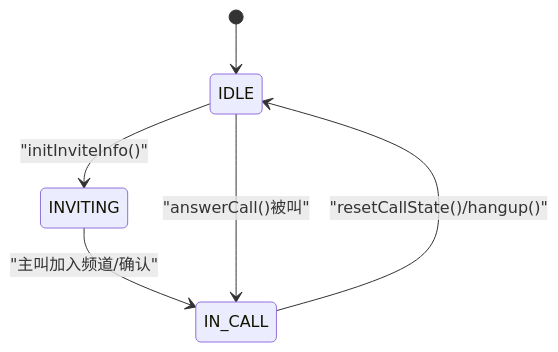
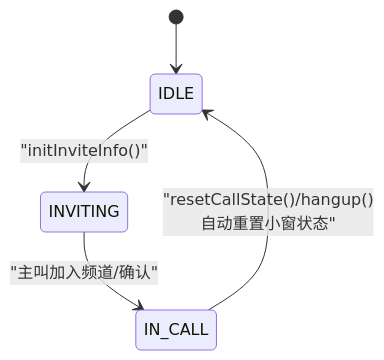
The fourth of 9 diagrams in .qoder/repowiki/zh/content/核心组件/单人通话组件/主组件 EasemobChatSingleCall.md (Easemob-Community/easemob-uikit-callkit-vue3), drawn with Mermaid before and after one commit. The commit also changed other lines of this file and 58 other files, not shown here.

````diff
--- a/.qoder/repowiki/zh/content/核心组件/单人通话组件/主组件 EasemobChatSingleCall.md
+++ b/.qoder/repowiki/zh/content/核心组件/单人通话组件/主组件 EasemobChatSingleCall.md
@@ -266,8 +328,7 @@
 ```mermaid
 stateDiagram-v2
 [*] --> IDLE
 IDLE --> INVITING : "initInviteInfo()"
 INVITING --> IN_CALL : "主叫加入频道/确认"
-IN_CALL --> IDLE : "resetCallState()/hangup()"
-IDLE --> IN_CALL : "answerCall()被叫"
+IN_CALL --> IDLE : "resetCallState()/hangup()<br/>自动重置小窗状态"
 ```
````
